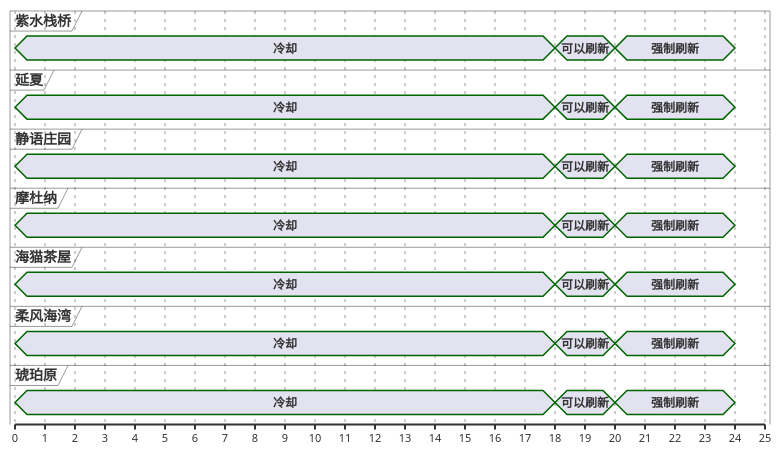
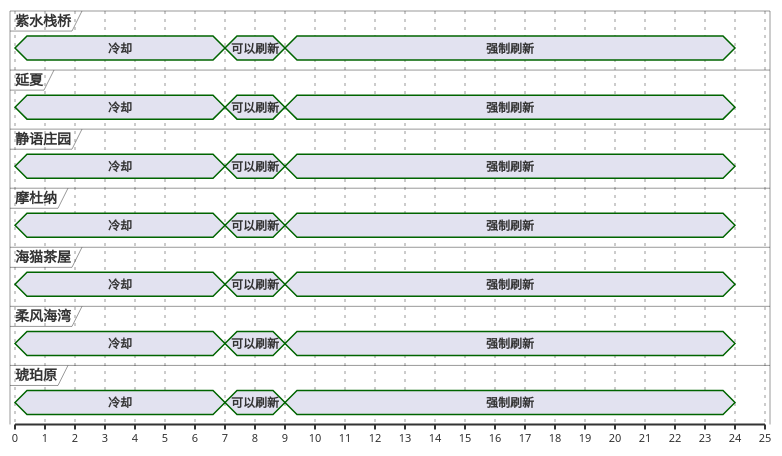
The third of 13 diagrams in ffxiv/hunt/2.0/Mindflayer.md (Eroleice/doc-pi), drawn with PlantUML before and after one commit. The commit also changed other lines of this file and 38 other files, not shown here.

````diff
--- a/ffxiv/hunt/2.0/Mindflayer.md
+++ b/ffxiv/hunt/2.0/Mindflayer.md
@@ -165,56 +165,56 @@
 ```plantuml
 @startuml
 scale 1 as 30 pixels
 
 concise 紫水栈桥
 concise 延夏
 concise 静语庄园
 concise 摩杜纳
 concise 海猫茶屋
 concise 柔风海湾
 concise 琥珀原
 
 @静语庄园
 0 is 冷却
-18 is 可以刷新
-20 is 强制刷新
+7 is 可以刷新
+9 is 强制刷新
 24 is {hidden}
 
 @摩杜纳
 0 is 冷却
-18 is 可以刷新
-20 is 强制刷新
+7 is 可以刷新
+9 is 强制刷新
 24 is {hidden}
 
 @海猫茶屋
 0 is 冷却
-18 is 可以刷新
-20 is 强制刷新
+7 is 可以刷新
+9 is 强制刷新
 24 is {hidden}
 
 @延夏
 0 is 冷却
-18 is 可以刷新
-20 is 强制刷新
+7 is 可以刷新
+9 is 强制刷新
 24 is {hidden}
 
 @紫水栈桥
 0 is 冷却
-18 is 可以刷新
-20 is 强制刷新
+7 is 可以刷新
+9 is 强制刷新
 24 is {hidden}
 
 @柔风海湾
 0 is 冷却
-18 is 可以刷新
-20 is 强制刷新
+7 is 可以刷新
+9 is 强制刷新
 24 is {hidden}
 
 @琥珀原
 0 is 冷却
-18 is 可以刷新
-20 is 强制刷新
+7 is 可以刷新
+9 is 强制刷新
 24 is {hidden}
 
 @enduml
 ```
````
